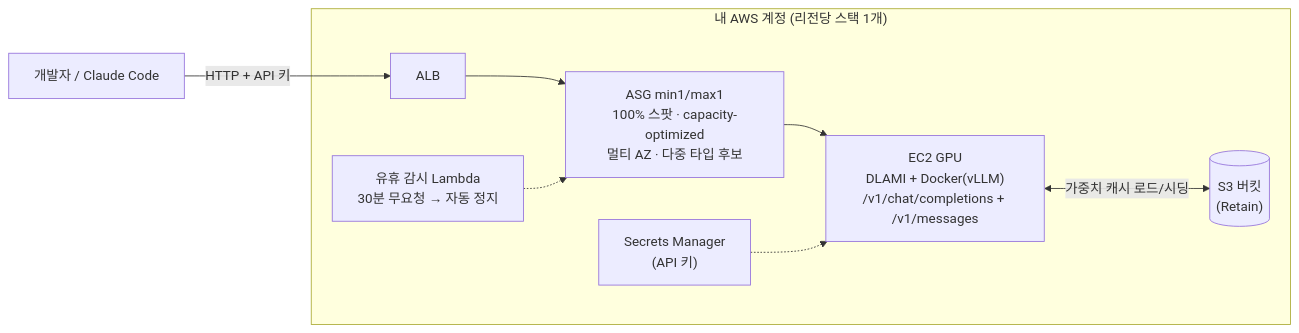
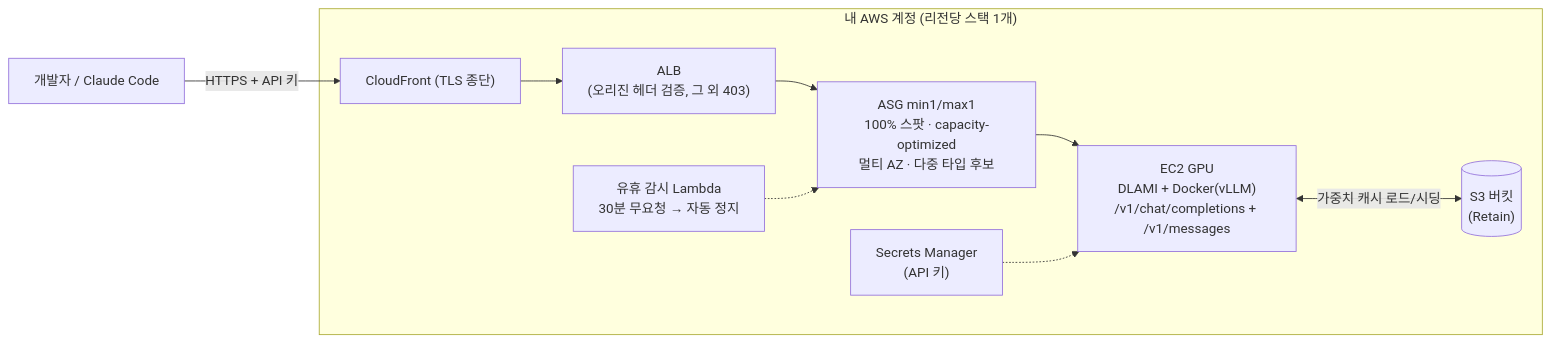
The diagram in README.md (roboco-io/token-forge), drawn with Mermaid before and after one commit. The commit also changed other lines of this file and 1 other file, not shown here.

````diff
--- a/README.md
+++ b/README.md
@@ -21,11 +39,12 @@
 ```mermaid
 flowchart LR
-    U["개발자 / Claude Code"] -- "HTTP + API 키" --> ALB
+    U["개발자 / Claude Code"] -- "HTTPS + API 키" --> CF
     subgraph AWS["내 AWS 계정 (리전당 스택 1개)"]
-        ALB["ALB"] --> ASG["ASG min1/max1<br/>100% 스팟 · capacity-optimized<br/>멀티 AZ · 다중 타입 후보"]
+        CF["CloudFront (TLS 종단)"] --> ALB["ALB<br/>(오리진 헤더 검증, 그 외 403)"]
+        ALB --> ASG["ASG min1/max1<br/>100% 스팟 · capacity-optimized<br/>멀티 AZ · 다중 타입 후보"]
         ASG --> EC2["EC2 GPU<br/>DLAMI + Docker(vLLM)<br/>/v1/chat/completions + /v1/messages"]
         EC2 <-- "가중치 캐시 로드/시딩" --> S3[("S3 버킷<br/>(Retain)")]
         SM["Secrets Manager<br/>(API 키)"] -.-> EC2
         IDLE["유휴 감시 Lambda<br/>30분 무요청 → 자동 정지"] -.-> ASG
     end
 ```
````
